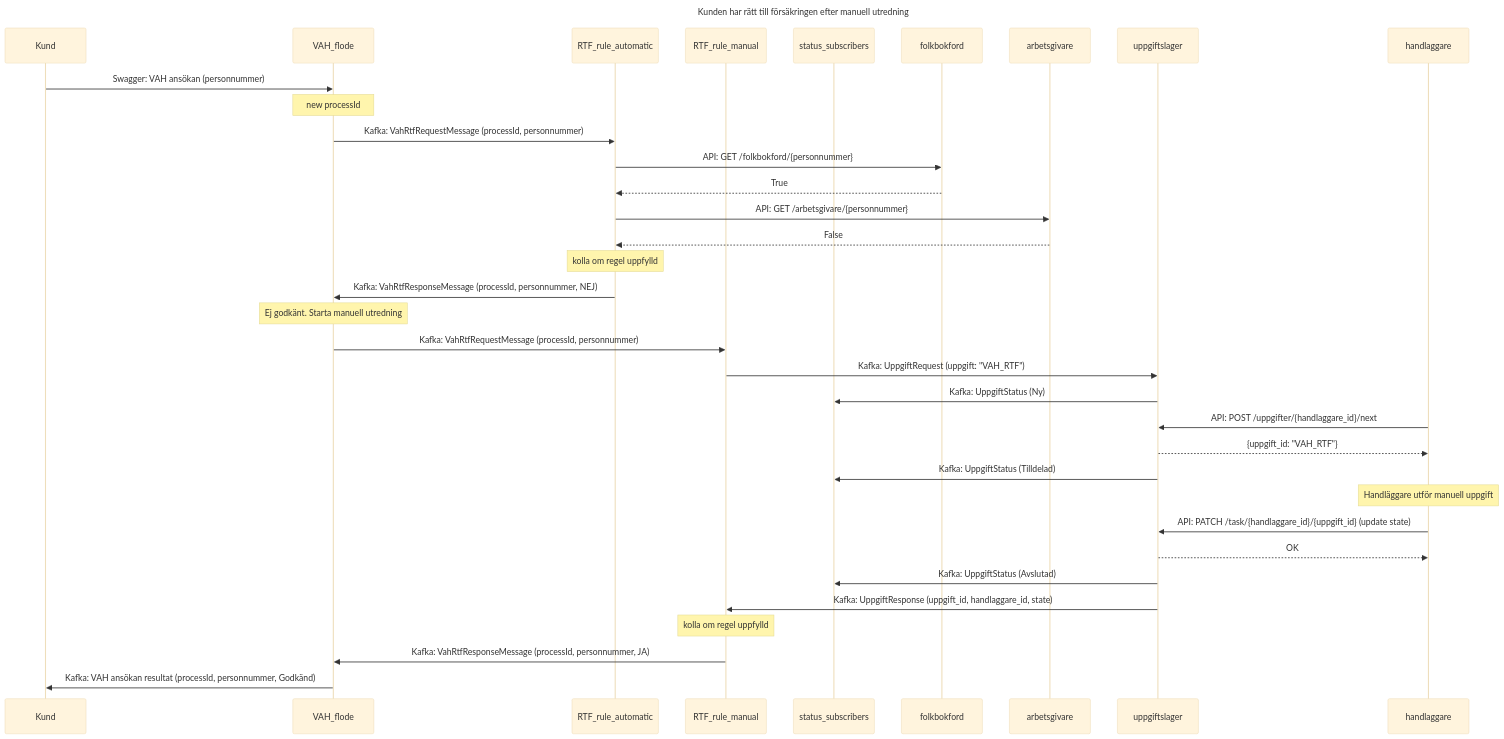
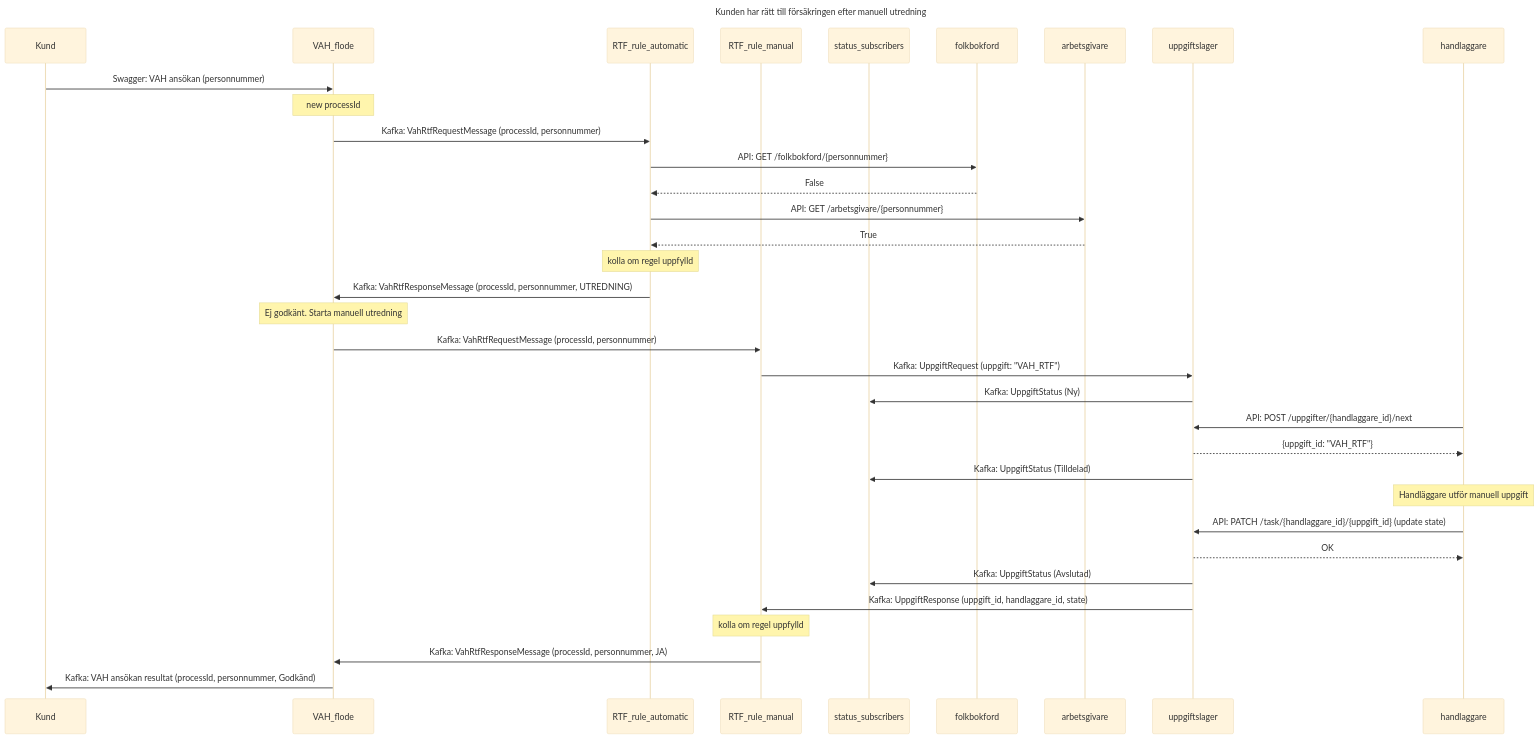
The diagram in sequences/ratt_till_forsakring_manuellt_ok_status.mmd (Forsakringskassan/rimfrost), drawn with Mermaid (base theme) before and after one commit. The commit also changed 2 other files, not shown here.

Commit message:
fix: Villkor för manuell utredning

```diff
--- a/sequences/ratt_till_forsakring_manuellt_ok_status.mmd
+++ b/sequences/ratt_till_forsakring_manuellt_ok_status.mmd
@@ -1,36 +1,36 @@
 sequenceDiagram
     title Kunden har rätt till försäkringen efter manuell utredning
     participant Kund
     participant VAH_flode
     participant RTF_rule_automatic
     participant RTF_rule_manual
     participant status_subscribers
     participant folkbokford
     participant arbetsgivare
     participant uppgiftslager
     participant handlaggare
 
     Kund ->> VAH_flode: Swagger: VAH ansökan (personnummer)
     note over VAH_flode: new processId
     VAH_flode ->> RTF_rule_automatic: Kafka: VahRtfRequestMessage (processId, personnummer)
     RTF_rule_automatic ->> folkbokford: API: GET /folkbokford/{personnummer}
-    folkbokford -->> RTF_rule_automatic: True
+    folkbokford -->> RTF_rule_automatic: False
     RTF_rule_automatic ->> arbetsgivare: API:  GET /arbetsgivare/{personnummer}
-    arbetsgivare -->> RTF_rule_automatic: False
+    arbetsgivare -->> RTF_rule_automatic: True
     note over RTF_rule_automatic: kolla om regel uppfylld
-    RTF_rule_automatic ->> VAH_flode: Kafka: VahRtfResponseMessage (processId, personnummer, NEJ)
+    RTF_rule_automatic ->> VAH_flode: Kafka: VahRtfResponseMessage (processId, personnummer, UTREDNING)
     note over VAH_flode: Ej godkänt. Starta manuell utredning
     VAH_flode ->> RTF_rule_manual: Kafka: VahRtfRequestMessage (processId, personnummer)
     RTF_rule_manual ->> uppgiftslager: Kafka: UppgiftRequest (uppgift: "VAH_RTF")
     uppgiftslager ->> status_subscribers: Kafka: UppgiftStatus (Ny)
     handlaggare ->> uppgiftslager: API: POST /uppgifter/{handlaggare_id}/next
     uppgiftslager -->> handlaggare: {uppgift_id: "VAH_RTF"}
     uppgiftslager ->> status_subscribers: Kafka: UppgiftStatus (Tilldelad)
     note over handlaggare: Handläggare utför manuell uppgift
     handlaggare ->> uppgiftslager: API: PATCH /task/{handlaggare_id}/{uppgift_id} (update state)
     uppgiftslager -->> handlaggare: OK
     uppgiftslager ->> status_subscribers: Kafka: UppgiftStatus (Avslutad)
     uppgiftslager ->> RTF_rule_manual: Kafka: UppgiftResponse (uppgift_id, handlaggare_id, state)
     note over RTF_rule_manual: kolla om regel uppfylld
     RTF_rule_manual ->> VAH_flode: Kafka: VahRtfResponseMessage (processId, personnummer, JA)
     VAH_flode ->> Kund: Kafka: VAH ansökan resultat (processId, personnummer, Godkänd)
```
